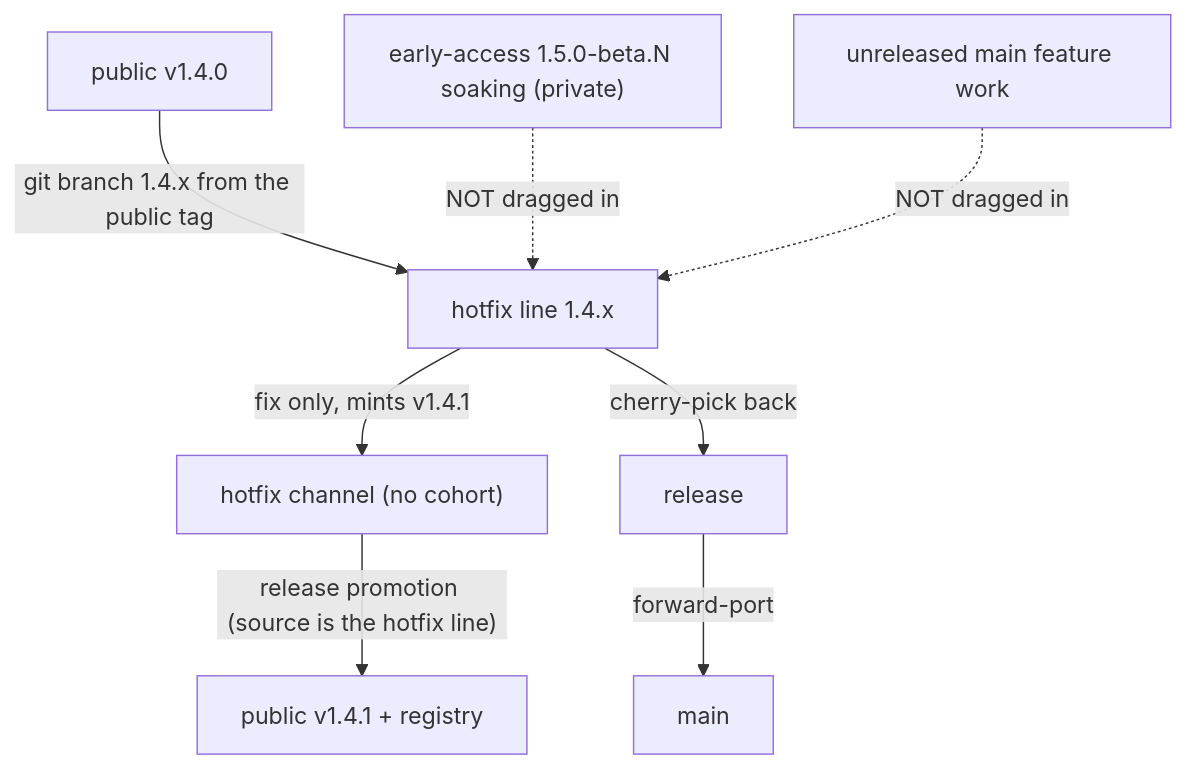
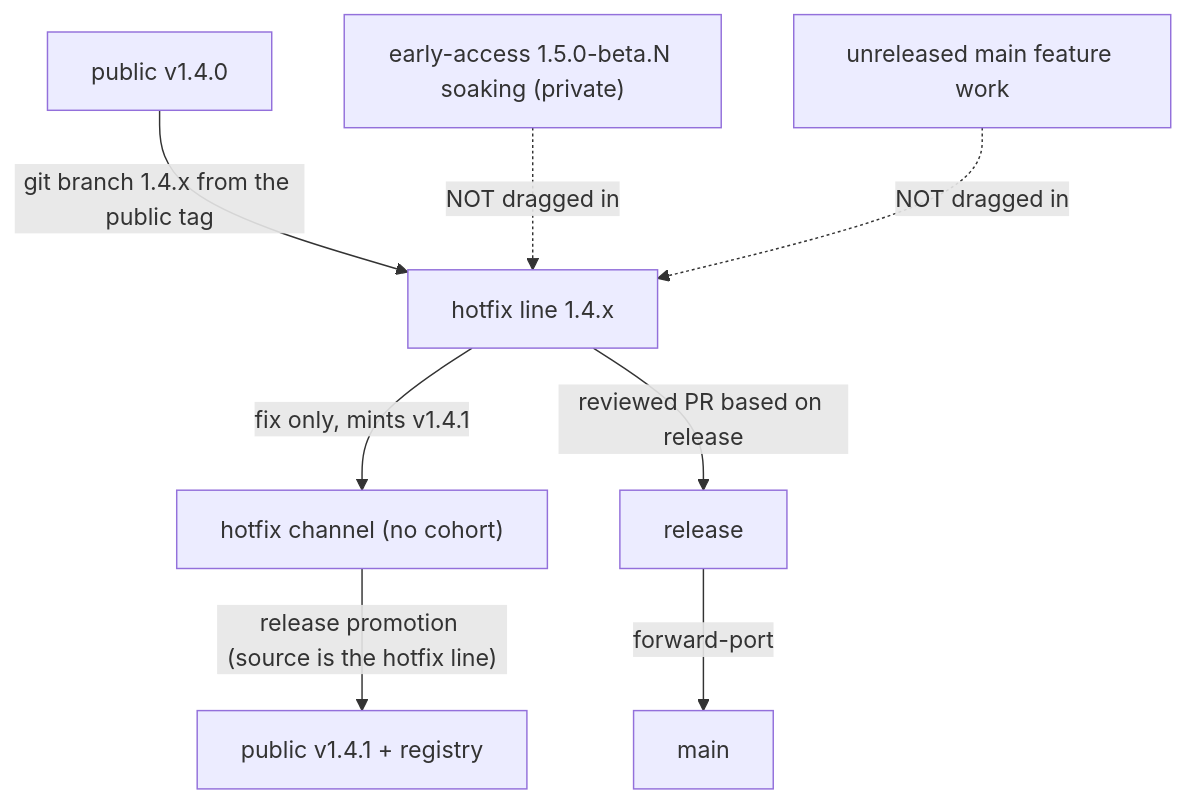
One commit to mistersilver-uk/fabricate changed the second of 3 diagrams in CONTRIBUTING.md. Above: the diagram before and after it, drawn with Mermaid. The commit also changed other lines of this file and 20 other files, not shown here.

````diff
--- a/CONTRIBUTING.md
+++ b/CONTRIBUTING.md
@@ -107,10 +108,10 @@
 ```mermaid
 flowchart TD
   pub["public v1.4.0"] -->|"git branch 1.4.x from the public tag"| hl["hotfix line 1.4.x"]
   hl -->|"fix only, mints v1.4.1"| hc["hotfix channel (no cohort)"]
   hc -->|"release promotion (source is the hotfix line)"| pubnew["public v1.4.1 + registry"]
   soak["early-access 1.5.0-beta.N soaking (private)"] -. "NOT dragged in" .-> hl
   work["unreleased main feature work"] -. "NOT dragged in" .-> hl
-  hl -->|"cherry-pick back"| release2["release"]
+  hl -->|"reviewed PR based on release"| release2["release"]
   release2 -->|"forward-port"| main2["main"]
 ```
````
